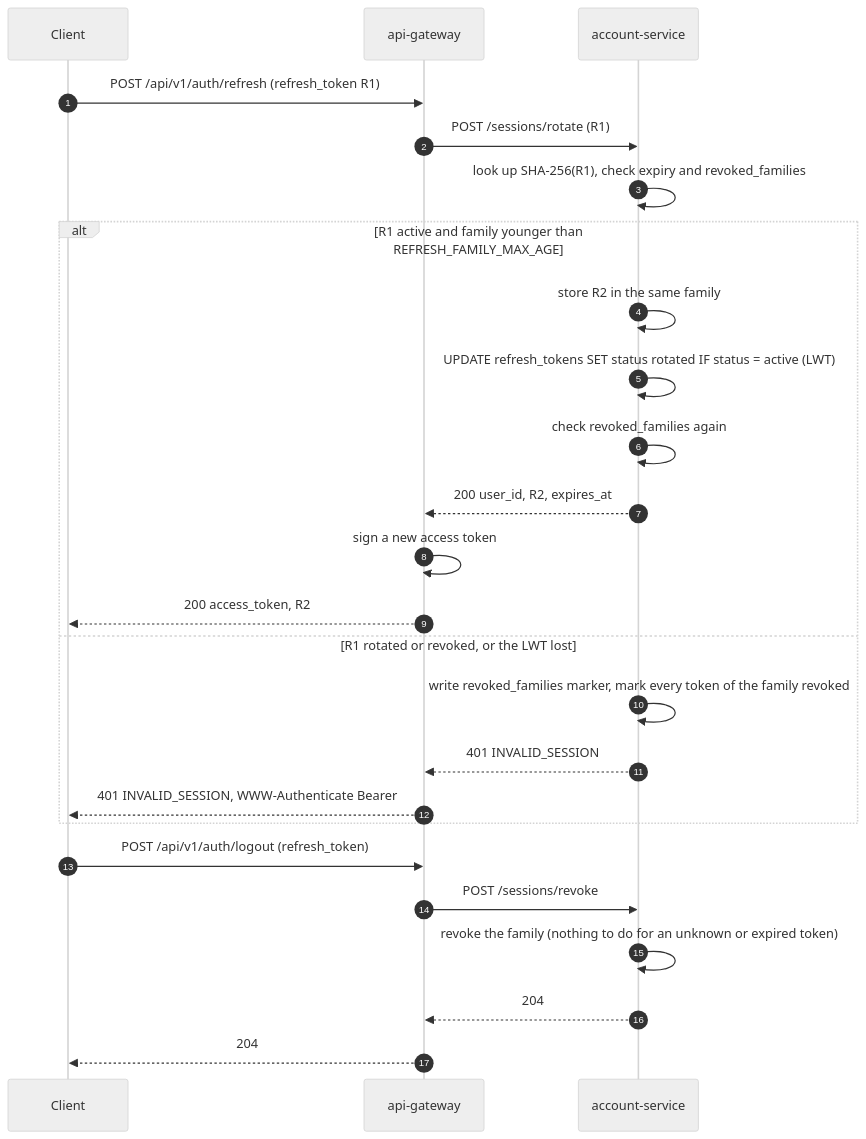
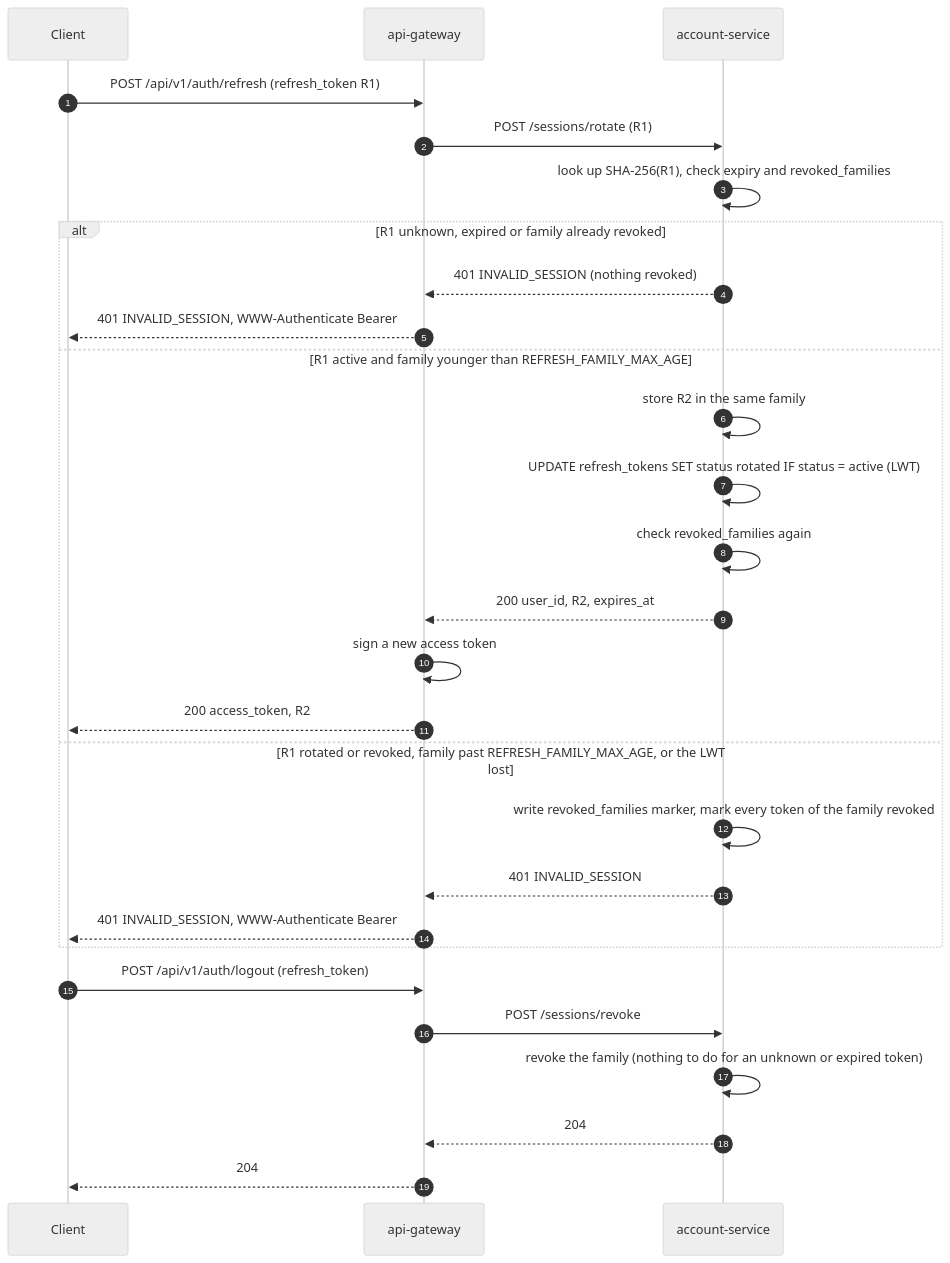
The third of 8 diagrams in docs/architecture.md (GabeSilvaDev/fintech-bank-platform), drawn with Mermaid (neutral theme) before and after one commit. The commit also changed other lines of this file and 2 other files, not shown here.

Commit message:
📝 docs: correct session revocation and lockout wording

````diff
--- a/docs/architecture.md
+++ b/docs/architecture.md
@@ -124,27 +124,30 @@
 ```mermaid
 sequenceDiagram
     autonumber
     participant C as Client
     participant GW as api-gateway
     participant AS as account-service
     C->>GW: POST /api/v1/auth/refresh (refresh_token R1)
     GW->>AS: POST /sessions/rotate (R1)
     AS->>AS: look up SHA-256(R1), check expiry and revoked_families
-    alt R1 active and family younger than REFRESH_FAMILY_MAX_AGE
+    alt R1 unknown, expired or family already revoked
+        AS-->>GW: 401 INVALID_SESSION (nothing revoked)
+        GW-->>C: 401 INVALID_SESSION, WWW-Authenticate Bearer
+    else R1 active and family younger than REFRESH_FAMILY_MAX_AGE
         AS->>AS: store R2 in the same family
         AS->>AS: UPDATE refresh_tokens SET status rotated IF status = active (LWT)
         AS->>AS: check revoked_families again
         AS-->>GW: 200 user_id, R2, expires_at
         GW->>GW: sign a new access token
         GW-->>C: 200 access_token, R2
-    else R1 rotated or revoked, or the LWT lost
+    else R1 rotated or revoked, family past REFRESH_FAMILY_MAX_AGE, or the LWT lost
         AS->>AS: write revoked_families marker, mark every token of the family revoked
         AS-->>GW: 401 INVALID_SESSION
         GW-->>C: 401 INVALID_SESSION, WWW-Authenticate Bearer
     end
     C->>GW: POST /api/v1/auth/logout (refresh_token)
     GW->>AS: POST /sessions/revoke
     AS->>AS: revoke the family (nothing to do for an unknown or expired token)
     AS-->>GW: 204
     GW-->>C: 204
 ```
````
